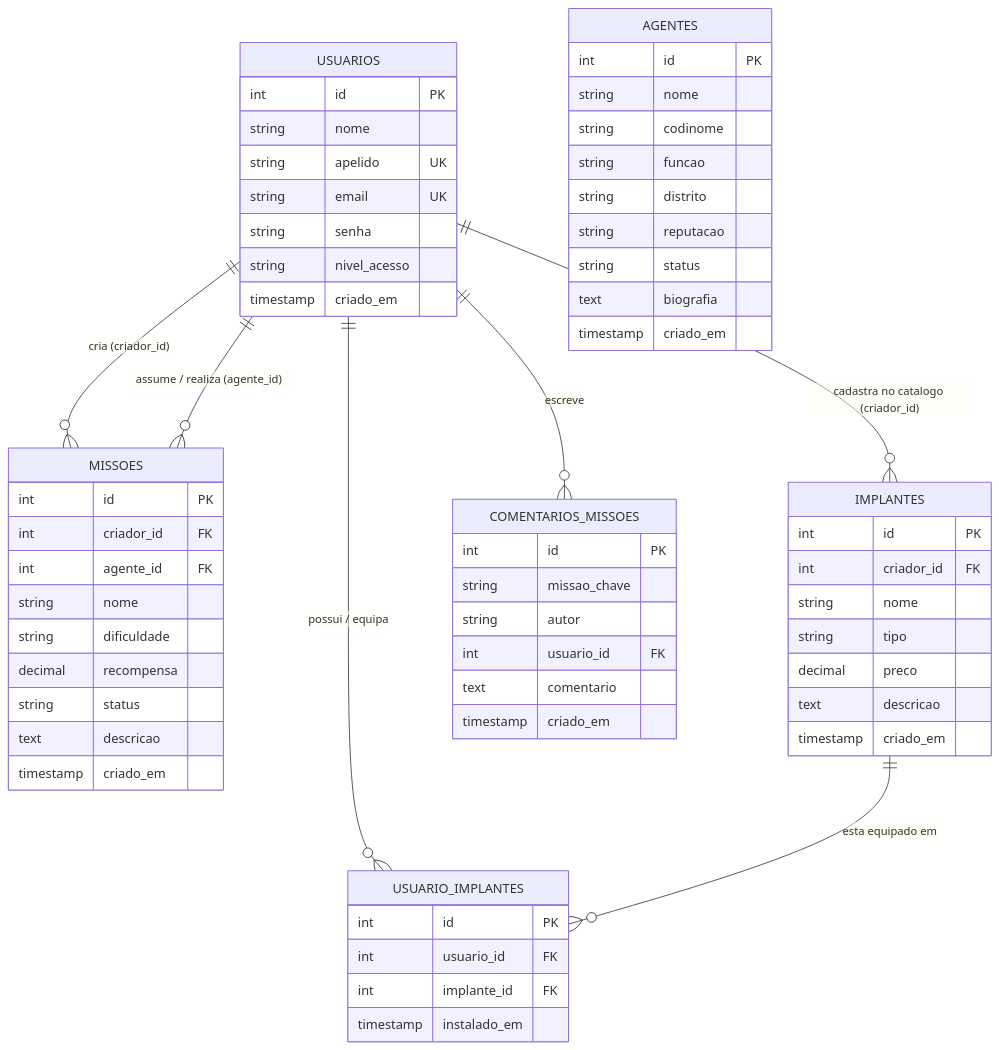
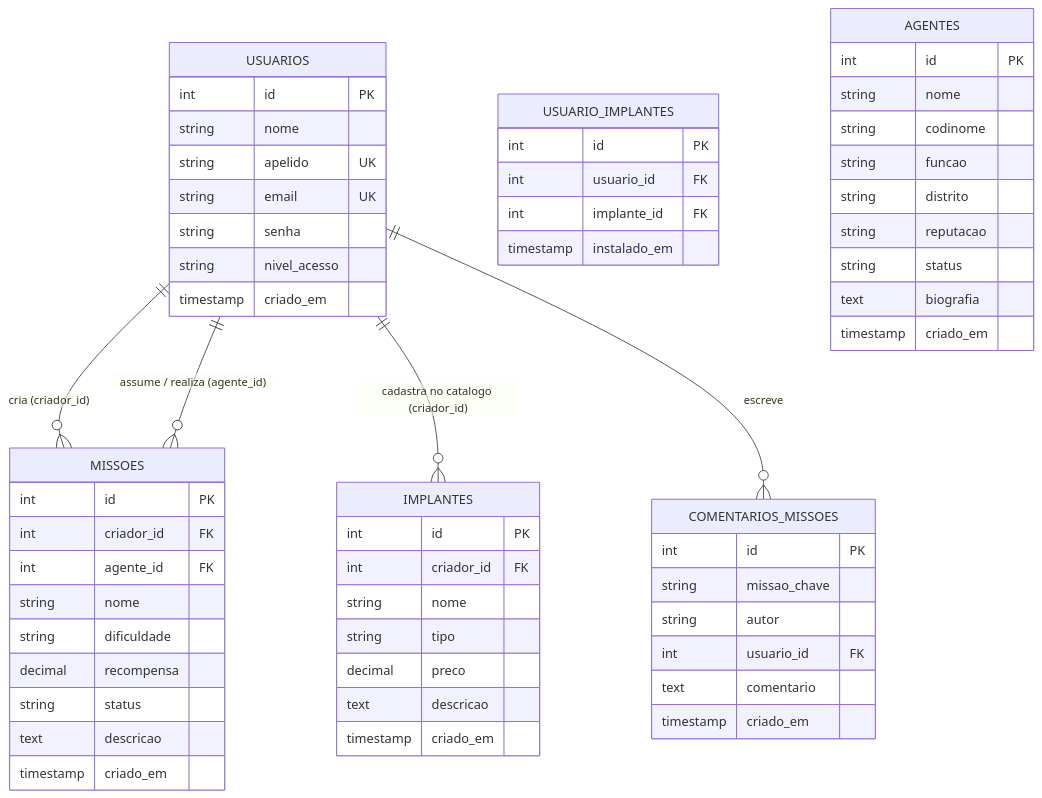
Before and after one commit to gelogeladofl/Cyber-Nexus: the diagram in README.md, drawn with Mermaid. The commit also changed 1 other file, not shown here.

````diff
--- a/README.md
+++ b/README.md
@@ -84,72 +84,70 @@
 ```mermaid
 erDiagram
 
     USUARIOS {
         int id PK
         string nome
         string apelido UK
         string email UK
         string senha
         string nivel_acesso
         timestamp criado_em
     }
 
     MISSOES {
         int id PK
         int criador_id FK
         int agente_id FK
         string nome
         string dificuldade
         decimal recompensa
         string status
         text descricao
         timestamp criado_em
     }
 
     IMPLANTES {
         int id PK
         int criador_id FK
         string nome
         string tipo
         decimal preco
         text descricao
         timestamp criado_em
     }
 
     USUARIO_IMPLANTES {
         int id PK
         int usuario_id FK
         int implante_id FK
         timestamp instalado_em
     }
 
     AGENTES {
         int id PK
         string nome
         string codinome
         string funcao
         string distrito
         string reputacao
         string status
         text biografia
         timestamp criado_em
     }
 
     COMENTARIOS_MISSOES {
         int id PK
         string missao_chave
         string autor
         int usuario_id FK
         text comentario
         timestamp criado_em
     }
 
-        USUARIOS ||--o{ MISSOES : "cria (criador_id)"
+    USUARIOS ||--o{ MISSOES : "cria (criador_id)"
     USUARIOS ||--o{ MISSOES : "assume / realiza (agente_id)"
     USUARIOS ||--o{ IMPLANTES : "cadastra no catalogo (criador_id)"
-    USUARIOS ||--o{ USUARIO_IMPLANTES : "possui / equipa"
-    IMPLANTES ||--o{ USUARIO_IMPLANTES : "esta equipado em"
     USUARIOS ||--o{ COMENTARIOS_MISSOES : "escreve"
 
 
 ```
````
